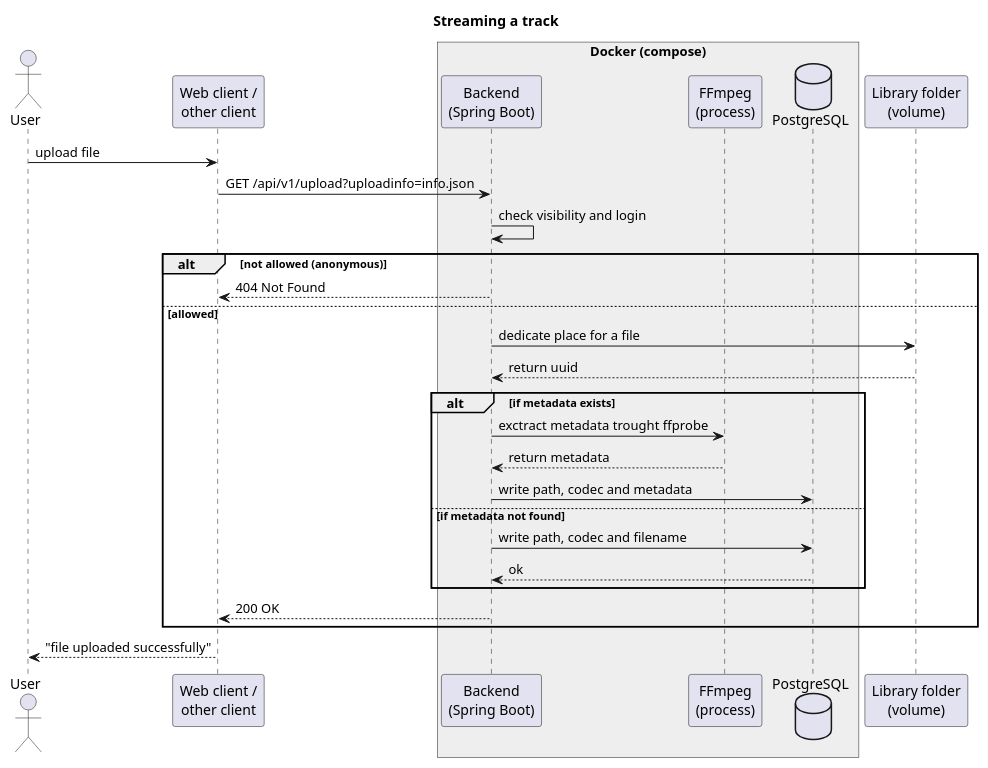
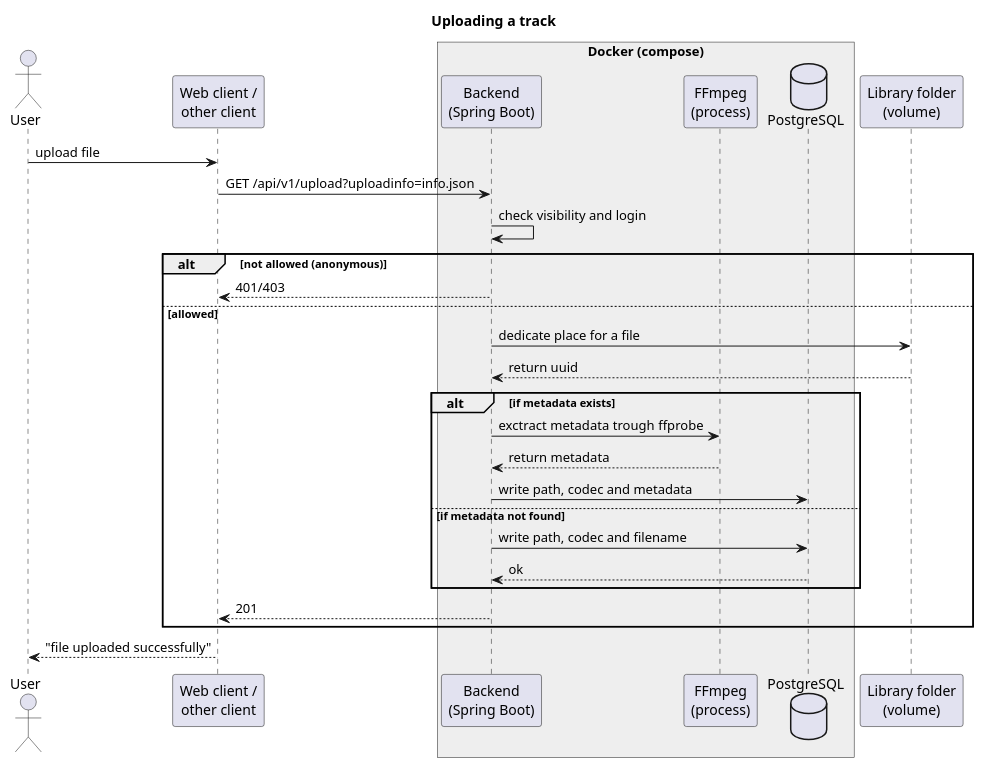
The diagram in docs/graphs/graph-upload.puml (CapitanMurasa/impulse-streaming), drawn with PlantUML before and after one commit.

Commit message:
docs:graph-upload fixed typos

```diff
--- a/docs/graphs/graph-upload.puml
+++ b/docs/graphs/graph-upload.puml
@@ -1,34 +1,34 @@
 @startuml
-title Streaming a track
+title Uploading a track
 
 actor User as user
 participant "Web client /\nother client" as client
 box "Docker (compose)" #EEEEEE
   participant "Backend\n(Spring Boot)" as api
   participant "FFmpeg\n(process)" as ffmpeg
   database "PostgreSQL" as db
 end box
 participant "Library folder\n(volume)" as storage
 
 user -> client : upload file
 client -> api : GET /api/v1/upload?uploadinfo=info.json
 api -> api : check visibility and login
 
 alt not allowed (anonymous)
-  api --> client : 404 Not Found
+  api --> client : 401/403
 else allowed
   api -> storage: dedicate place for a file
   storage --> api: return uuid
   alt if metadata exists
-  api -> ffmpeg: exctract metadata trought ffprobe
+  api -> ffmpeg: exctract metadata trough ffprobe
   ffmpeg --> api: return metadata
   api -> db: write path, codec and metadata
   else if metadata not found
   api -> db: write path, codec and filename
   db --> api: ok
   end
-  api --> client: 200 OK
+  api --> client: 201 
 end
 
 client --> user : "file uploaded successfully"
 @enduml
```
